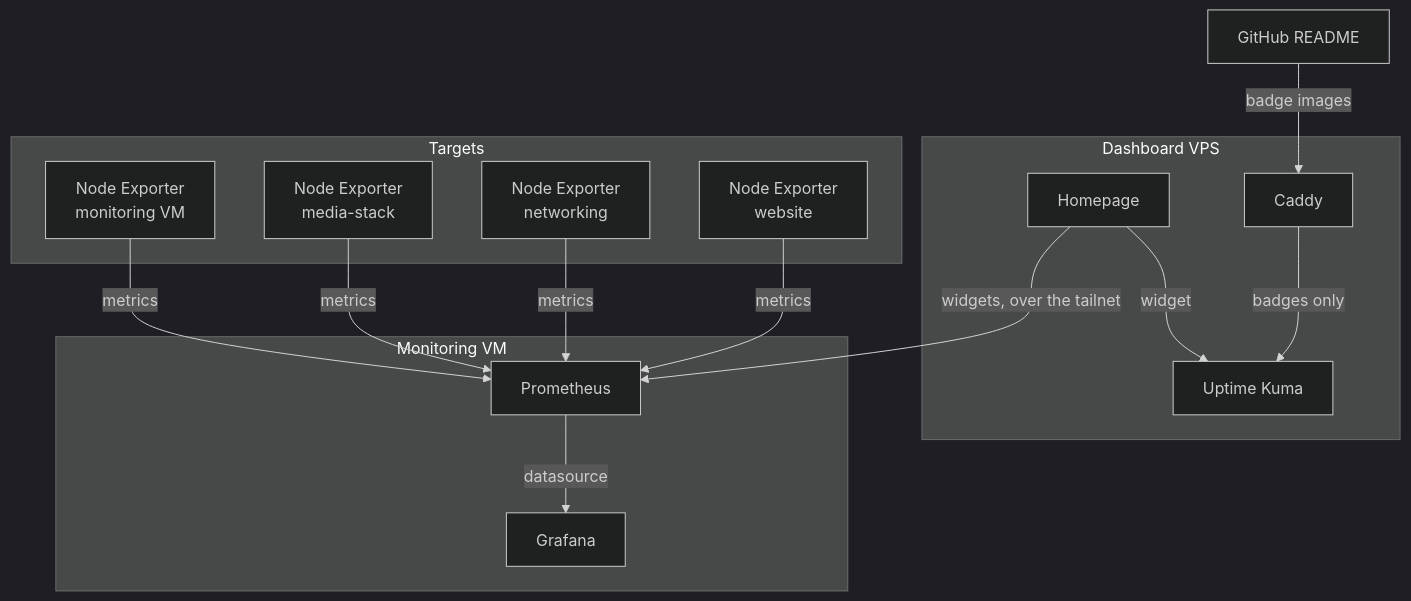
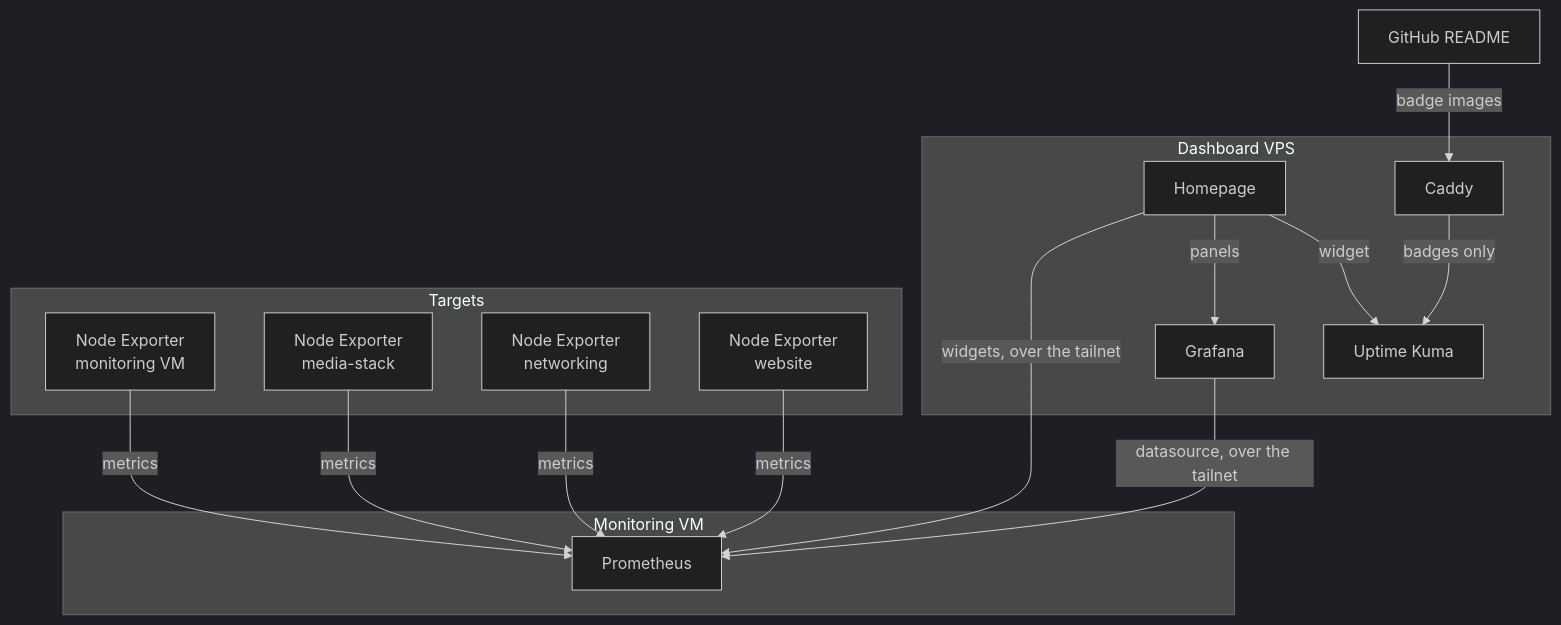
The diagram in docs/infrastructure/monitoring/index.md (sfcal/homelab), drawn with Mermaid (dark theme) before and after one commit. The commit also changed other lines of this file and 73 other files, not shown here.

````diff
--- a/docs/infrastructure/monitoring/index.md
+++ b/docs/infrastructure/monitoring/index.md
@@ -10,27 +10,28 @@
 ```mermaid
 graph TD
     subgraph Monitoring VM
         Prometheus[Prometheus]
-        Grafana[Grafana]
     end
 
     subgraph Dashboard VPS
+        Grafana[Grafana]
         Homepage[Homepage]
         UptimeKuma[Uptime Kuma]
         Caddy[Caddy]
     end
 
     subgraph Targets
         NE1[Node Exporter\nmonitoring VM]
         NE2[Node Exporter\nmedia-stack]
         NE3[Node Exporter\nnetworking]
         NE4[Node Exporter\nwebsite]
     end
 
     NE1 & NE2 & NE3 & NE4 -->|metrics| Prometheus
-    Prometheus -->|datasource| Grafana
+    Grafana -->|datasource, over the tailnet| Prometheus
     Homepage -->|widgets, over the tailnet| Prometheus
+    Homepage -->|panels| Grafana
     Homepage -->|widget| UptimeKuma
     Caddy -->|badges only| UptimeKuma
     GitHub[GitHub README] -->|badge images| Caddy
 ```
````
